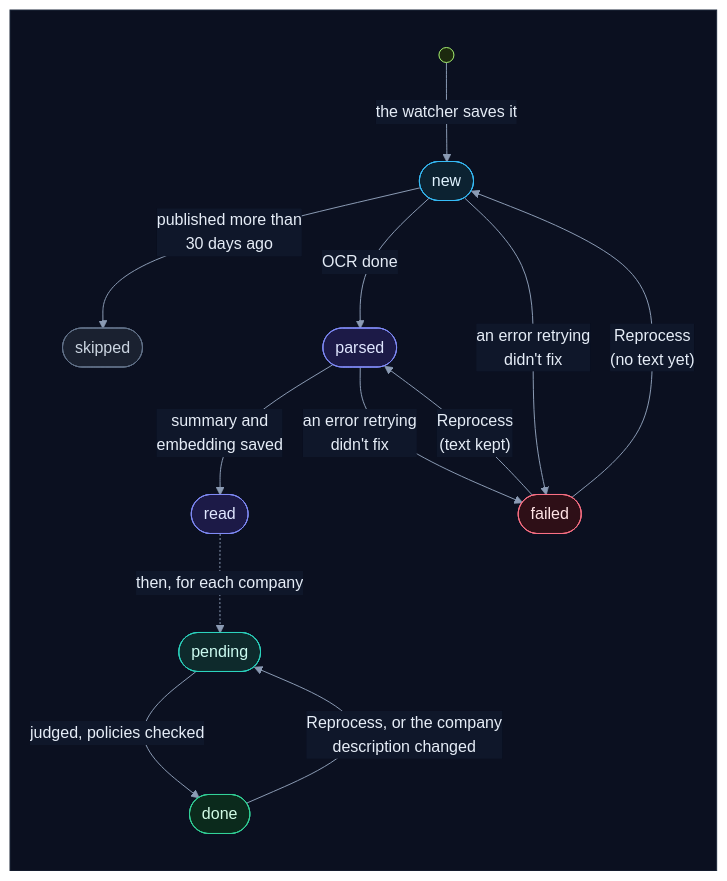
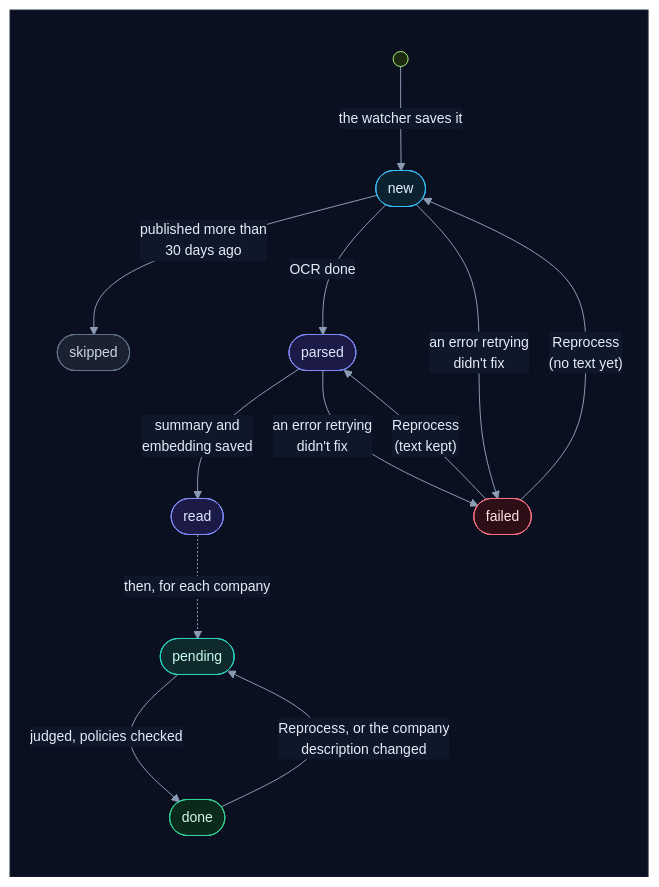
Before and after one commit to selvakumarperumal/Regulatory_Circular_Impact_Agent: diagram 17 of 57 in how_it_works.md, drawn with Mermaid. The commit also changed other lines of this file and 5 other files, not shown here.

Commit message:
Give the docs' flowcharts a shape per kind of part, more room and slightly smaller text

````diff
--- a/how_it_works.md
+++ b/how_it_works.md
@@ -871,36 +871,36 @@
 ```mermaid
-%%{init: {"theme": "base", "flowchart": {"diagramPadding": 0}, "themeVariables": {"darkMode": true, "primaryColor": "#16213a", "primaryTextColor": "#e6edf7", "primaryBorderColor": "#475a7a", "lineColor": "#8b9bb4", "secondaryColor": "#1b2436", "tertiaryColor": "#101a2e", "edgeLabelBackground": "#0f172a", "textColor": "#e2e8f0", "clusterBkg": "#0f1728", "clusterBorder": "#2b3a55", "titleColor": "#c4b5fd", "nodeTextColor": "#e6edf7"}}}%%
+%%{init: {"theme": "base", "flowchart": {"diagramPadding": 0, "nodeSpacing": 58, "rankSpacing": 58, "curve": "basis"}, "themeVariables": {"fontSize": "14px", "darkMode": true, "primaryColor": "#16213a", "primaryTextColor": "#e6edf7", "primaryBorderColor": "#475a7a", "lineColor": "#8b9bb4", "secondaryColor": "#1b2436", "tertiaryColor": "#101a2e", "edgeLabelBackground": "#0f172a", "textColor": "#e2e8f0", "clusterBkg": "#0f1728", "clusterBorder": "#2b3a55", "titleColor": "#c4b5fd", "nodeTextColor": "#e6edf7"}}}%%
 flowchart TD
     subgraph canvas[" "]
         direction TB
         s0((" ")) -->|"the watcher saves it"| c_new(["new"])
         c_new -->|"published more than<br/>30 days ago"| c_skipped(["skipped"])
         c_new -->|"OCR done"| c_parsed(["parsed"])
         c_parsed -->|"summary and<br/>embedding saved"| c_read(["read"])
         c_new -->|"an error retrying<br/>didn't fix"| c_failed(["failed"])
         c_parsed -->|"an error retrying<br/>didn't fix"| c_failed
         c_failed -->|"Reprocess<br/>(no text yet)"| c_new
         c_failed -->|"Reprocess<br/>(text kept)"| c_parsed
         c_read -.->|"then, for each company"| a_pending(["pending"])
         a_pending -->|"judged, policies checked"| a_done(["done"])
         a_done -->|"Reprocess, or the company<br/>description changed"| a_pending
     end
     classDef svc fill:#0e2a2c,stroke:#2dd4bf,color:#ccfbf1
     classDef data fill:#1c1a47,stroke:#818cf8,color:#e0e7ff
     classDef ext fill:#2a1640,stroke:#c084fc,color:#f3e8ff
     classDef gpu fill:#2d1b0c,stroke:#fb923c,color:#ffedd5
     classDef ask fill:#2a2410,stroke:#fbbf24,color:#fef3c7
     classDef ok fill:#0b2a1c,stroke:#34d399,color:#d1fae5
     classDef bad fill:#2e0f17,stroke:#fb7185,color:#ffe4e6
     classDef start fill:#1c2a0e,stroke:#a7ef6f,color:#ecfccb
     classDef muted fill:#1a2130,stroke:#64748b,color:#cbd5e1
     classDef queue fill:#0c2231,stroke:#38bdf8,color:#e0f2fe
     class s0 start
     class c_new queue
     class c_parsed,c_read data
     class c_failed bad
     class c_skipped muted
     class a_pending svc
     class a_done ok
     style canvas fill:#0b1020,stroke:#1e293b,color:#0b1020
 ```
````
